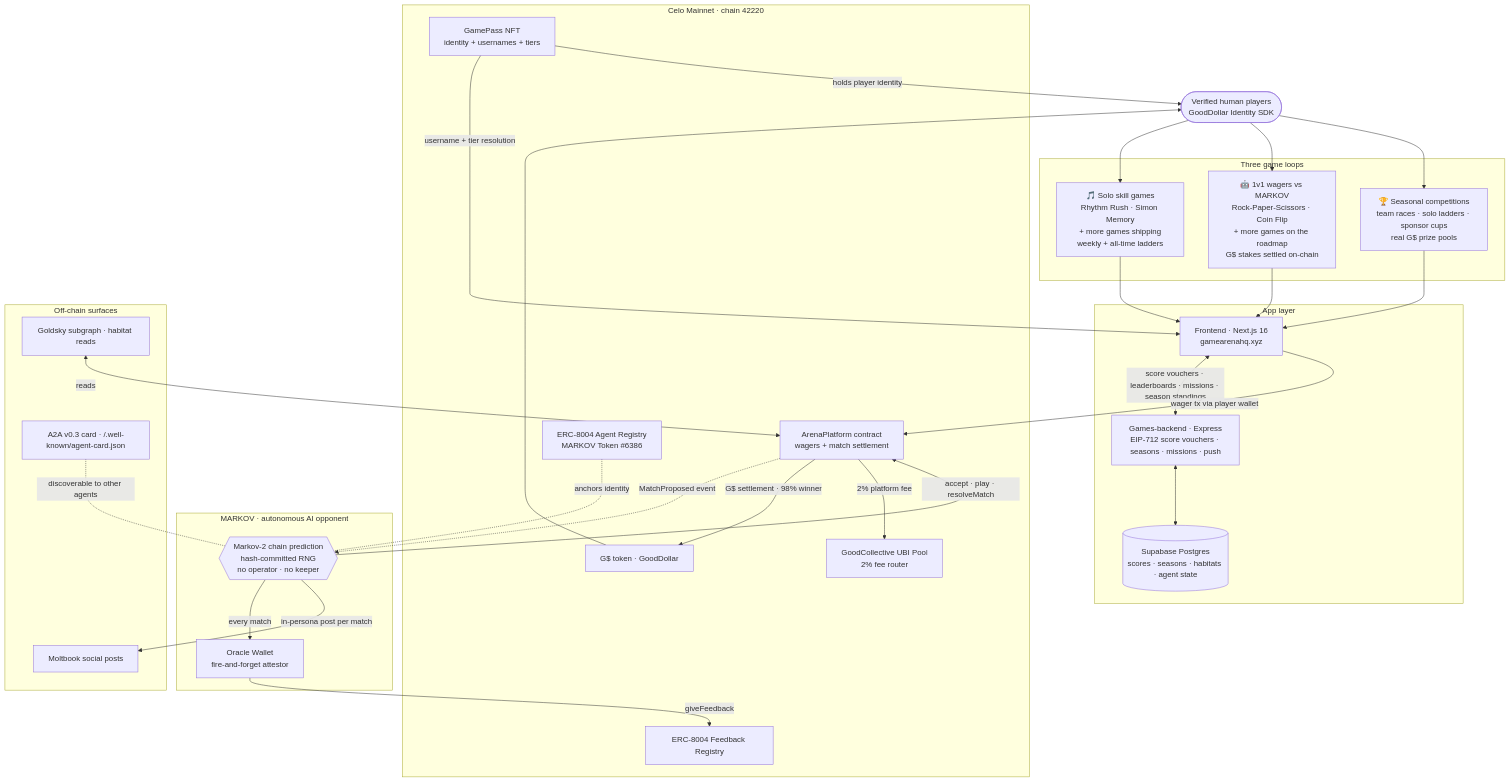
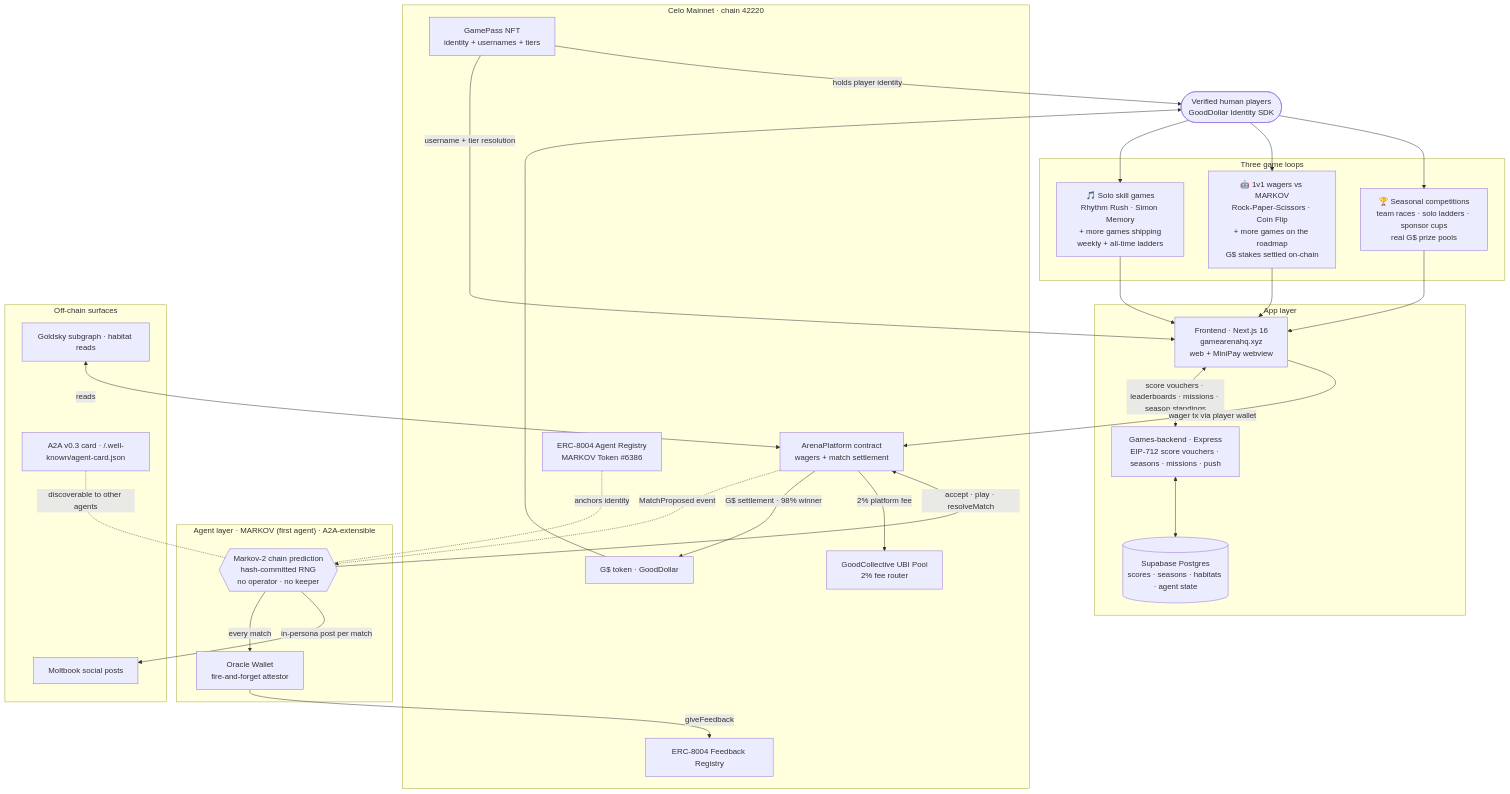
The first of 2 diagrams in README.md (HACK3R-CRYPTO/Gamerstew), drawn with Mermaid before and after one commit. The commit also changed other lines of this file, not shown here.

First line of the commit message:
docs(readme): reformat architecture prose + add extensibility signals (#134)

````diff
--- a/README.md
+++ b/README.md
@@ -31,63 +31,63 @@
 ```mermaid
 flowchart TB
     P([Verified human players<br/>GoodDollar Identity SDK])
 
     subgraph LOOPS["Three game loops"]
         SKILL[🎵 Solo skill games<br/>Rhythm Rush · Simon Memory<br/>+ more games shipping<br/>weekly + all-time ladders]
         AGENTWAGER[🤖 1v1 wagers vs MARKOV<br/>Rock-Paper-Scissors · Coin Flip<br/>+ more games on the roadmap<br/>G$ stakes settled on-chain]
         SEASONS[🏆 Seasonal competitions<br/>team races · solo ladders · sponsor cups<br/>real G$ prize pools]
     end
 
     subgraph APP["App layer"]
-        FE[Frontend · Next.js 16<br/>gamearenahq.xyz]
+        FE[Frontend · Next.js 16<br/>gamearenahq.xyz<br/>web + MiniPay webview]
         BE[Games-backend · Express<br/>EIP-712 score vouchers · seasons · missions · push]
         DB[(Supabase Postgres<br/>scores · seasons · habitats · agent state)]
     end
 
     subgraph CHAIN["Celo Mainnet · chain 42220"]
         AP[ArenaPlatform contract<br/>wagers + match settlement]
         GP[GamePass NFT<br/>identity + usernames + tiers]
         GD[G$ token · GoodDollar]
         UBI[GoodCollective UBI Pool<br/>2% fee router]
         REG[ERC-8004 Agent Registry<br/>MARKOV Token #6386]
         FB[ERC-8004 Feedback Registry]
     end
 
-    subgraph AGENT["MARKOV · autonomous AI opponent"]
+    subgraph AGENT["Agent layer · MARKOV (first agent) · A2A-extensible"]
         M{{Markov-2 chain prediction<br/>hash-committed RNG<br/>no operator · no keeper}}
         OR[Oracle Wallet<br/>fire-and-forget attestor]
     end
 
     subgraph EXT["Off-chain surfaces"]
         MB[Moltbook social posts]
         A2A[A2A v0.3 card · /.well-known/agent-card.json]
         GK[Goldsky subgraph · habitat reads]
     end
 
     P --> SKILL
     P --> AGENTWAGER
     P --> SEASONS
 
     SKILL --> FE
     AGENTWAGER --> FE
     SEASONS --> FE
 
     FE <-->|score vouchers · leaderboards · missions · season standings| BE
     BE <--> DB
     FE -->|wager tx via player wallet| AP
     GP -->|username + tier resolution| FE
     GP -->|holds player identity| P
 
     AP -.MatchProposed event.-> M
     M -->|accept · play · resolveMatch| AP
     AP -->|G$ settlement · 98% winner| GD
     AP -->|2% platform fee| UBI
     GD --> P
 
     M -->|every match| OR
     OR -->|giveFeedback| FB
     M -->|in-persona post per match| MB
     REG -.anchors identity.- M
     A2A -.discoverable to other agents.- M
     GK <-->|reads| AP
 ```
````
